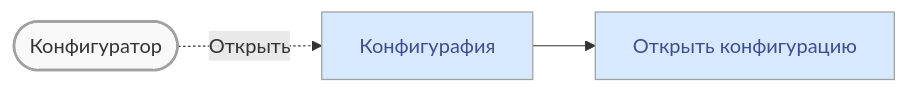
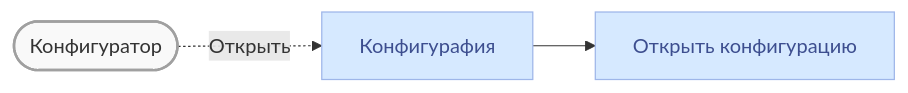
The second of 2 diagrams in faq/crash/main-white-window.md (lugovoe/manual), drawn with Mermaid before and after one commit.

````diff
--- a/faq/crash/main-white-window.md
+++ b/faq/crash/main-white-window.md
@@ -42,11 +42,11 @@
 ``` mermaid
 flowchart LR
   b1([Конфигуратор]);
   b1 -. Открыть .-> m1[Конфигурафия];
   m1 --> m2[Открыть конфигурацию];
   classDef default fill:#facc1f,stroke:#a0a0a0,stroke-width:1px;
   classDef button fill:#f9f9f9,stroke-width:2px;
-  classDef mainmenu fill:#d6e9ff,color:#3d4e8f;
+  classDef confmenu fill:#d6e9ff,stroke:#9eb6e9,color:#3d4e8f;
   class b1 button;
-  class m1,m2 mainmenu;
+  class m1,m2 confmenu;
 ```
````
